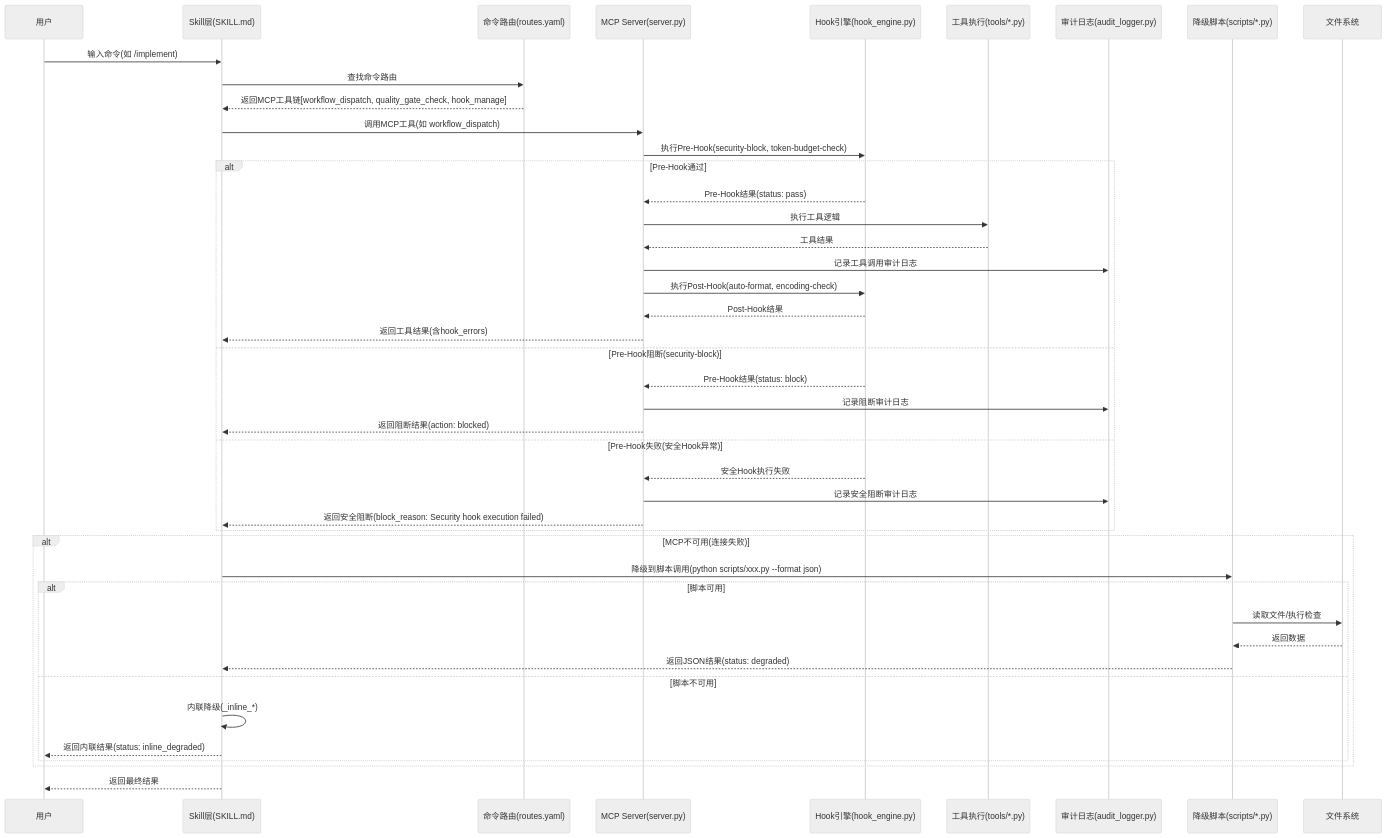
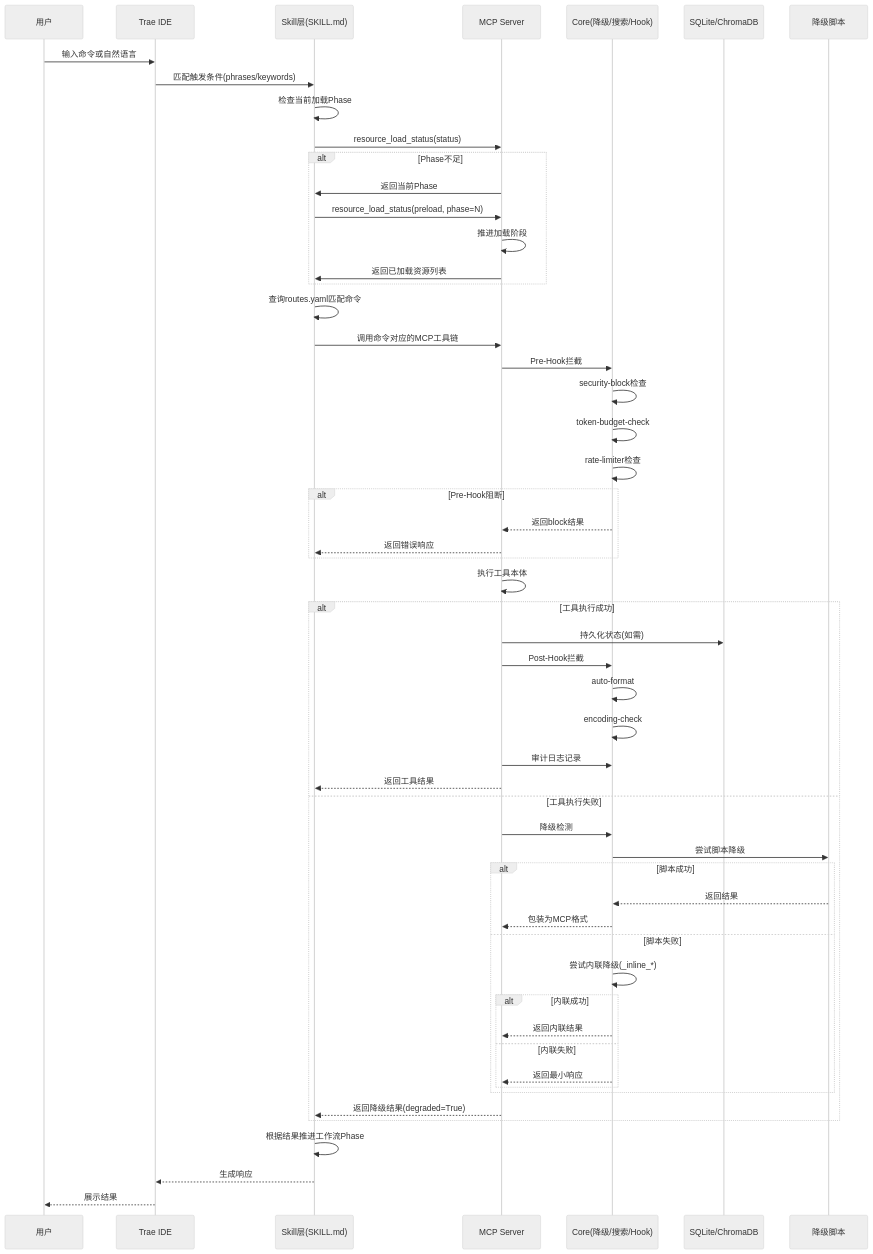
Before and after one commit to xuanyuanchumo/xuansto: the first of 3 diagrams in docs/plan/ARCHITECTURE.md, drawn with Mermaid (neutral theme). The commit also changed other lines of this file and 68 other files, not shown here.

````diff
--- a/docs/plan/ARCHITECTURE.md
+++ b/docs/plan/ARCHITECTURE.md
@@ -686,51 +355,65 @@
 ```mermaid
 sequenceDiagram
     participant User as 用户
+    participant Trae as Trae IDE
     participant Skill as Skill层(SKILL.md)
-    participant Route as 命令路由(routes.yaml)
-    participant MCP as MCP Server(server.py)
-    participant Hook as Hook引擎(hook_engine.py)
-    participant Tool as 工具执行(tools/*.py)
-    participant Audit as 审计日志(audit_logger.py)
-    participant Script as 降级脚本(scripts/*.py)
-    participant FS as 文件系统
+    participant MCP as MCP Server
+    participant Core as Core(降级/搜索/Hook)
+    participant DB as SQLite/ChromaDB
+    participant Script as 降级脚本
 
-    User->>Skill: 输入命令(如 /implement)
-    Skill->>Route: 查找命令路由
-    Route-->>Skill: 返回MCP工具链[workflow_dispatch, quality_gate_check, hook_manage]
+    User->>Trae: 输入命令或自然语言
+    Trae->>Skill: 匹配触发条件(phrases/keywords)
+    Skill->>Skill: 检查当前加载Phase
+    Skill->>MCP: resource_load_status(status)
 
-    Skill->>MCP: 调用MCP工具(如 workflow_dispatch)
-    MCP->>Hook: 执行Pre-Hook(security-block, token-budget-check)
-
-    alt Pre-Hook通过
-        Hook-->>MCP: Pre-Hook结果(status: pass)
-        MCP->>Tool: 执行工具逻辑
-        Tool-->>MCP: 工具结果
-        MCP->>Audit: 记录工具调用审计日志
-        MCP->>Hook: 执行Post-Hook(auto-format, encoding-check)
-        Hook-->>MCP: Post-Hook结果
-        MCP-->>Skill: 返回工具结果(含hook_errors)
-    else Pre-Hook阻断(security-block)
-        Hook-->>MCP: Pre-Hook结果(status: block)
-        MCP->>Audit: 记录阻断审计日志
-        MCP-->>Skill: 返回阻断结果(action: blocked)
-    else Pre-Hook失败(安全Hook异常)
-        Hook-->>MCP: 安全Hook执行失败
-        MCP->>Audit: 记录安全阻断审计日志
-        MCP-->>Skill: 返回安全阻断(block_reason: Security hook execution failed)
+    alt Phase不足
+        MCP->>Skill: 返回当前Phase
+        Skill->>MCP: resource_load_status(preload, phase=N)
+        MCP->>MCP: 推进加载阶段
+        MCP->>Skill: 返回已加载资源列表
     end
 
-    alt MCP不可用(连接失败)
-        Skill->>Script: 降级到脚本调用(python scripts/xxx.py --format json)
-        alt 脚本可用
-            Script->>FS: 读取文件/执行检查
-            FS-->>Script: 返回数据
-            Script-->>Skill: 返回JSON结果(status: degraded)
-        else 脚本不可用
-            Skill->>Skill: 内联降级(_inline_*)
-            Skill-->>User: 返回内联结果(status: inline_degraded)
-        end
+    Skill->>Skill: 查询routes.yaml匹配命令
+    Skill->>MCP: 调用命令对应的MCP工具链
+
+    MCP->>Core: Pre-Hook拦截
+    Core->>Core: security-block检查
+    Core->>Core: token-budget-check
+    Core->>Core: rate-limiter检查
+
+    alt Pre-Hook阻断
+        Core-->>MCP: 返回block结果
+        MCP-->>Skill: 返回错误响应
     end
 
-    Skill-->>User: 返回最终结果
+    MCP->>MCP: 执行工具本体
+
+    alt 工具执行成功
+        MCP->>DB: 持久化状态(如需)
+        MCP->>Core: Post-Hook拦截
+        Core->>Core: auto-format
+        Core->>Core: encoding-check
+        MCP->>Core: 审计日志记录
+        MCP-->>Skill: 返回工具结果
+    else 工具执行失败
+        MCP->>Core: 降级检测
+        Core->>Script: 尝试脚本降级
+        alt 脚本成功
+            Script-->>Core: 返回结果
+            Core-->>MCP: 包装为MCP格式
+        else 脚本失败
+            Core->>Core: 尝试内联降级(_inline_*)
+            alt 内联成功
+                Core-->>MCP: 返回内联结果
+            else 内联失败
+                Core-->>MCP: 返回最小响应
+            end
+        end
+        MCP-->>Skill: 返回降级结果(degraded=True)
+    end
+
+    Skill->>Skill: 根据结果推进工作流Phase
+    Skill-->>Trae: 生成响应
+    Trae-->>User: 展示结果
 ```
````
